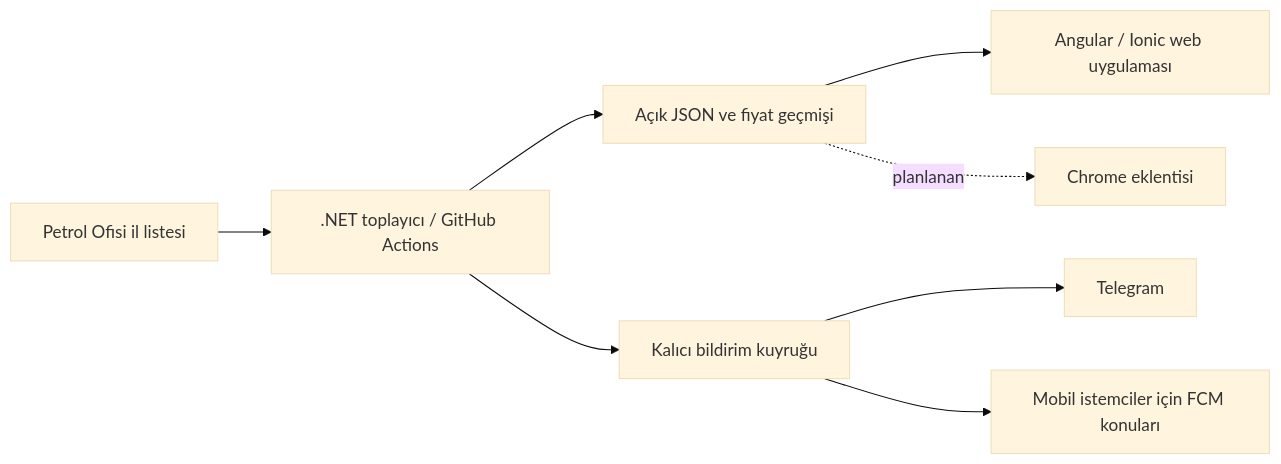
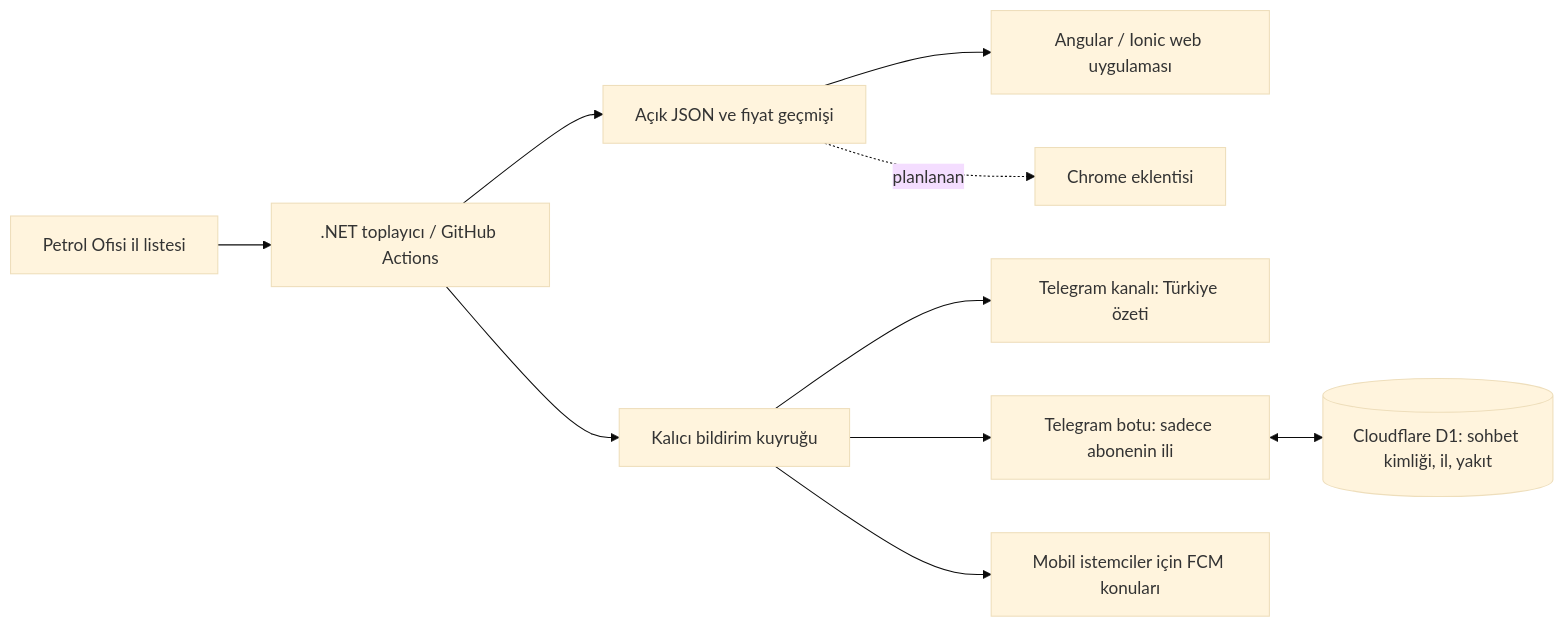
One commit to ozkurtomer/depo-dolu changed the diagram in README.tr.md. Above: the diagram before and after it, drawn with Mermaid (base theme). The commit also changed other lines of this file and 54 other files, not shown here.

````diff
--- a/README.tr.md
+++ b/README.tr.md
@@ -117,10 +123,12 @@
 ```mermaid
 flowchart LR
     PO[Petrol Ofisi il listesi] --> C[.NET toplayıcı / GitHub Actions]
     C --> D[Açık JSON ve fiyat geçmişi]
     C --> Q[Kalıcı bildirim kuyruğu]
     D --> W[Angular / Ionic web uygulaması]
     D -. planlanan .-> E[Chrome eklentisi]
-    Q --> T[Telegram]
+    Q --> T[Telegram kanalı: Türkiye özeti]
+    Q --> B[Telegram botu: sadece abonenin ili]
+    B <--> S[(Cloudflare D1: sohbet kimliği, il, yakıt)]
     Q --> F[Mobil istemciler için FCM konuları]
 ```
````
